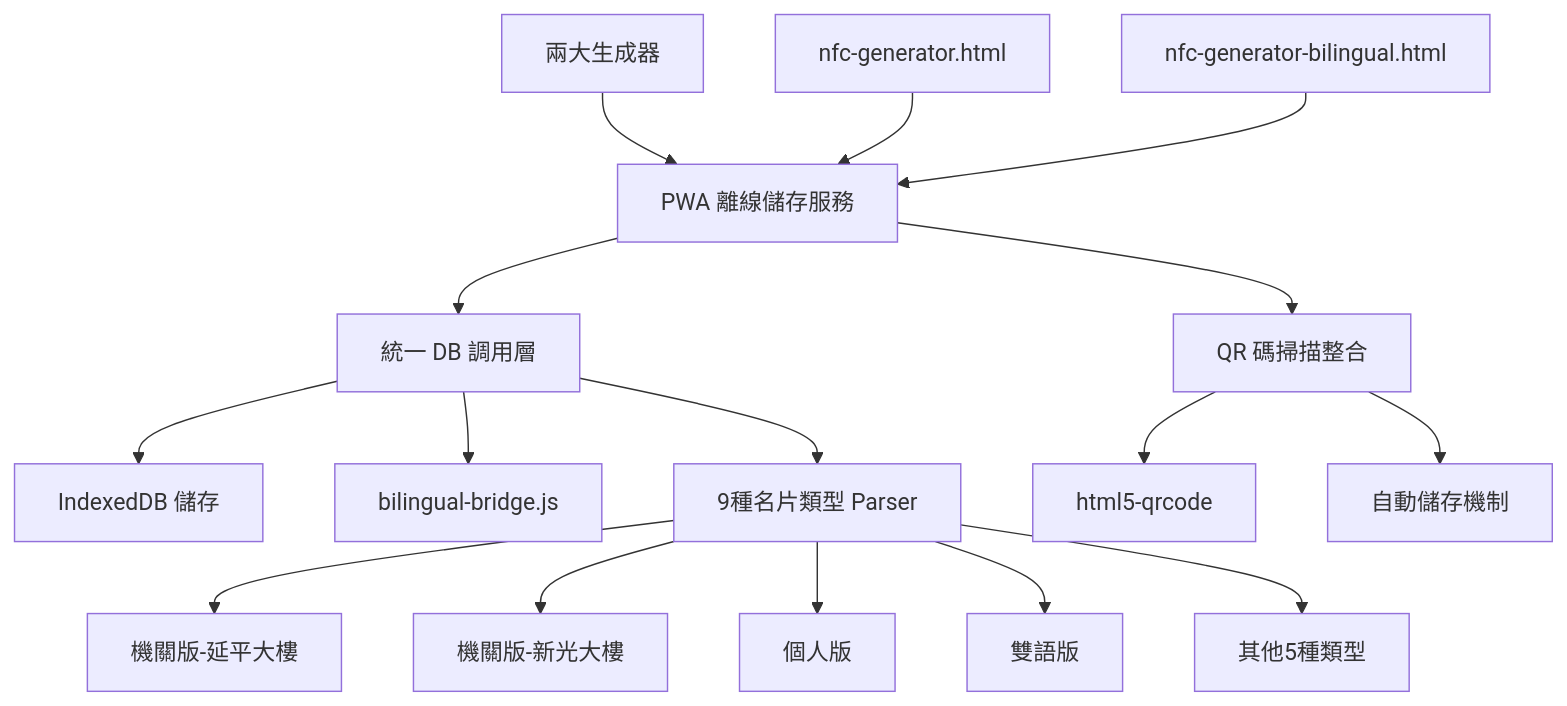
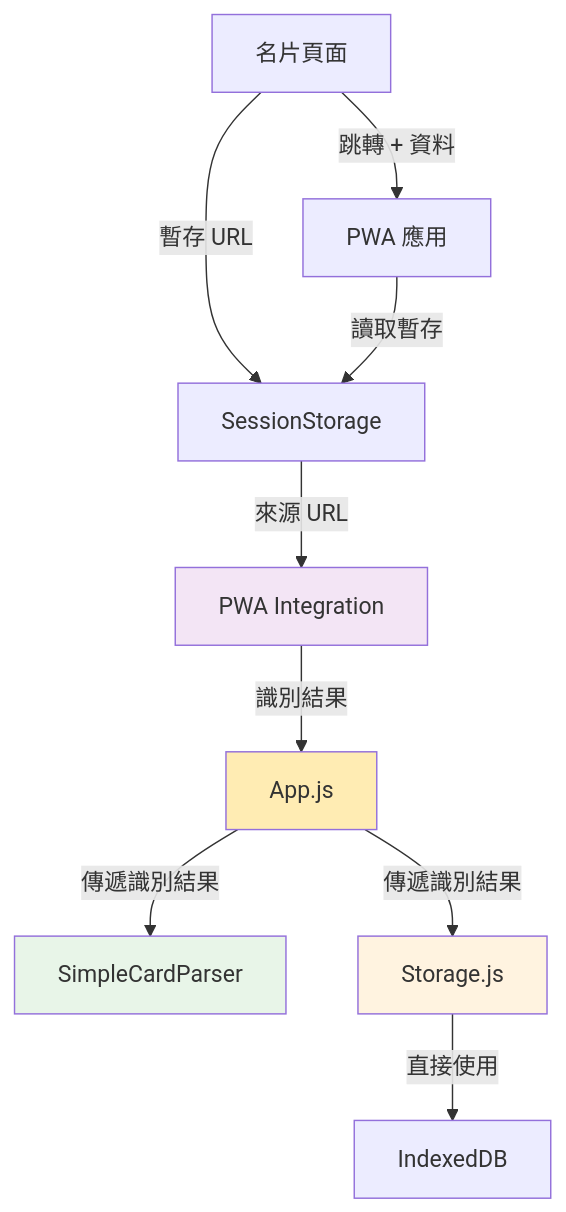
The first of 3 diagrams in docs/design.md (iim0663418/DB-Card), drawn with Mermaid before and after one commit. The commit also changed other lines of this file and 61 other files, not shown here.

````diff
--- a/docs/design.md
+++ b/docs/design.md
@@ -17,21 +17,16 @@
 ```mermaid
-graph TB
-    A[兩大生成器] --> B[PWA 離線儲存服務]
-    A1[nfc-generator.html] --> B
-    A2[nfc-generator-bilingual.html] --> B
+graph TD
+    A[名片頁面] -->|暫存 URL| B[SessionStorage]
+    A -->|跳轉 + 資料| C[PWA 應用]
+    C -->|讀取暫存| B
+    B -->|來源 URL| D[PWA Integration]
+    D -->|識別結果| E[App.js]
+    E -->|傳遞識別結果| F[SimpleCardParser]
+    E -->|傳遞識別結果| G[Storage.js]
+    G -->|直接使用| H[IndexedDB]
     
-    B --> C[統一 DB 調用層]
-    C --> D[IndexedDB 儲存]
-    C --> E[bilingual-bridge.js]
-    C --> F[9種名片類型 Parser]
-    
-    F --> G[機關版-延平大樓]
-    F --> H[機關版-新光大樓]
-    F --> I[個人版]
-    F --> J[雙語版]
-    F --> K[其他5種類型]
-    
-    B --> L[QR 碼掃描整合]
-    L --> M[html5-qrcode]
-    L --> N[自動儲存機制]
+    style E fill:#ffecb3
+    style D fill:#f3e5f5
+    style F fill:#e8f5e8
+    style G fill:#fff3e0
 ```
````
